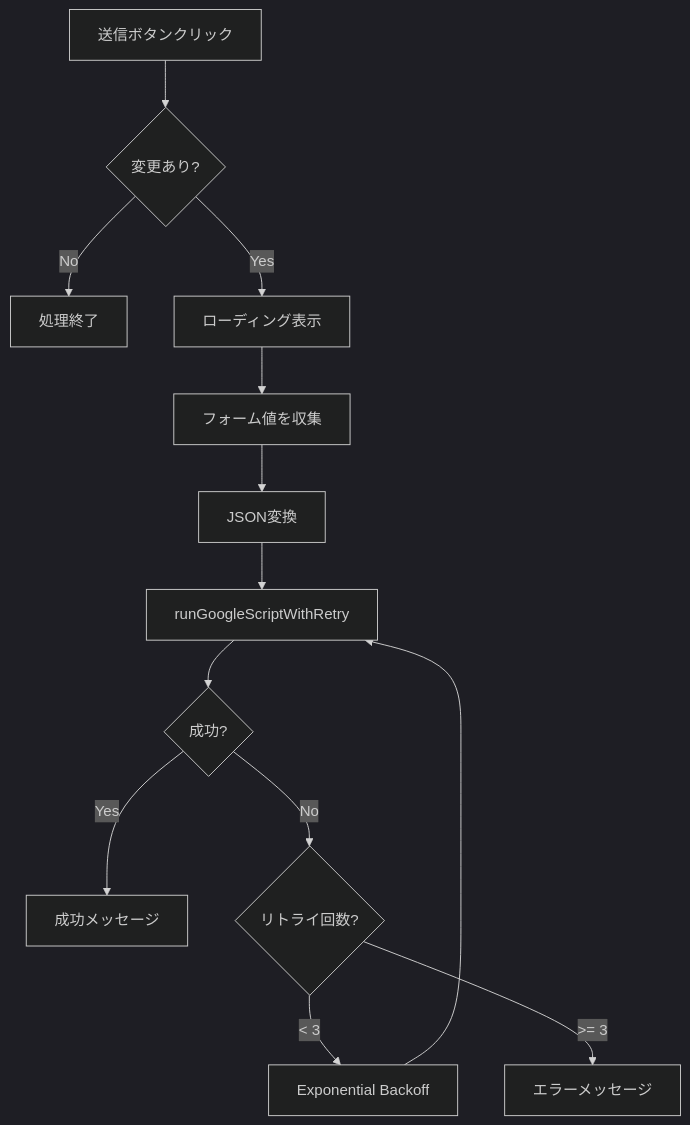
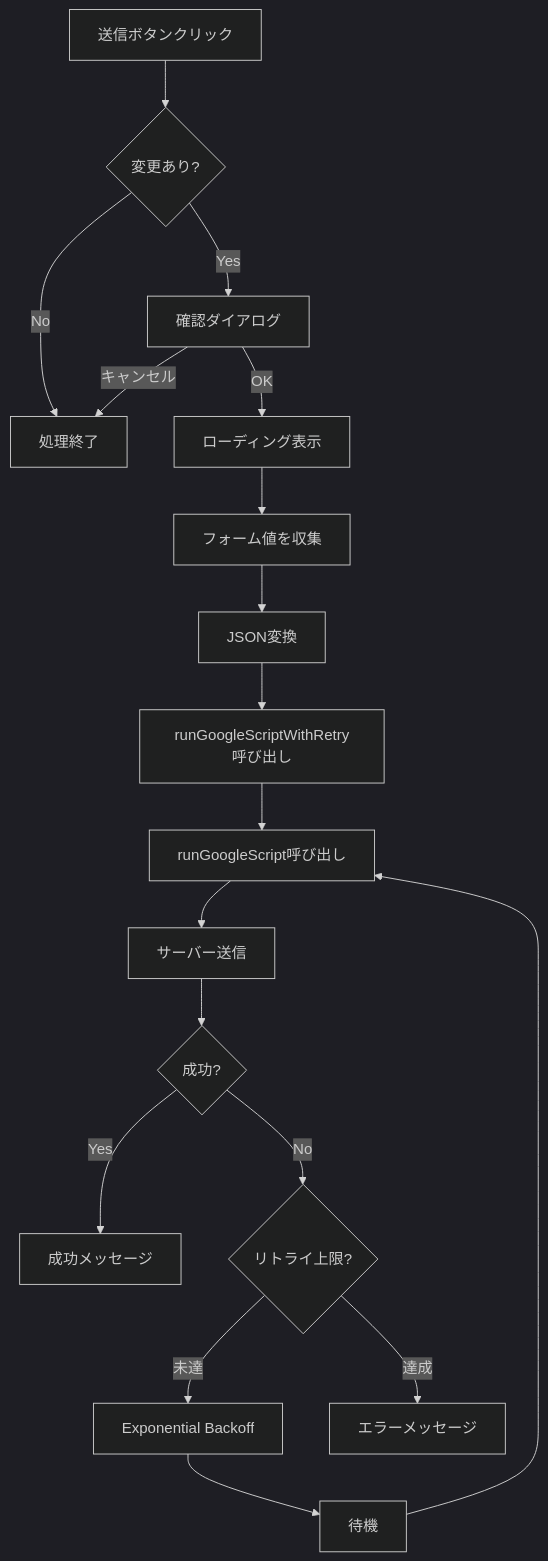
Before and after one commit to suzukishigeru4b/juken-survey-public: the sixth of 6 diagrams in PROGRAM_SPECIFICATION.md, drawn with Mermaid (dark theme). The commit also changed other lines of this file and 6 other files, not shown here.

````diff
--- a/PROGRAM_SPECIFICATION.md
+++ b/PROGRAM_SPECIFICATION.md
@@ -478,15 +469,20 @@
 ```mermaid
 flowchart TD
     A[送信ボタンクリック] --> B{変更あり?}
     B -->|No| C[処理終了]
-    B -->|Yes| D[ローディング表示]
-    D --> E[フォーム値を収集]
-    E --> F[JSON変換]
-    F --> G[runGoogleScriptWithRetry]
-    G --> H{成功?}
-    H -->|Yes| I[成功メッセージ]
-    H -->|No| J{リトライ回数?}
-    J -->|< 3| K[Exponential Backoff]
-    K --> G
-    J -->|>= 3| L[エラーメッセージ]
+    B -->|Yes| D[確認ダイアログ]
+    D -->|キャンセル| C
+    D -->|OK| E[ローディング表示]
+    E --> F[フォーム値を収集]
+    F --> G[JSON変換]
+    G --> H[runGoogleScriptWithRetry呼び出し]
+    H --> I[runGoogleScript呼び出し]
+    I --> J[サーバー送信]
+    J --> K{成功?}
+    K -->|Yes| L[成功メッセージ]
+    K -->|No| M{リトライ上限?}
+    M -->|未達| N[Exponential Backoff]
+    N --> O[待機]
+    O --> I
+    M -->|達成| P[エラーメッセージ]
 ```
````
